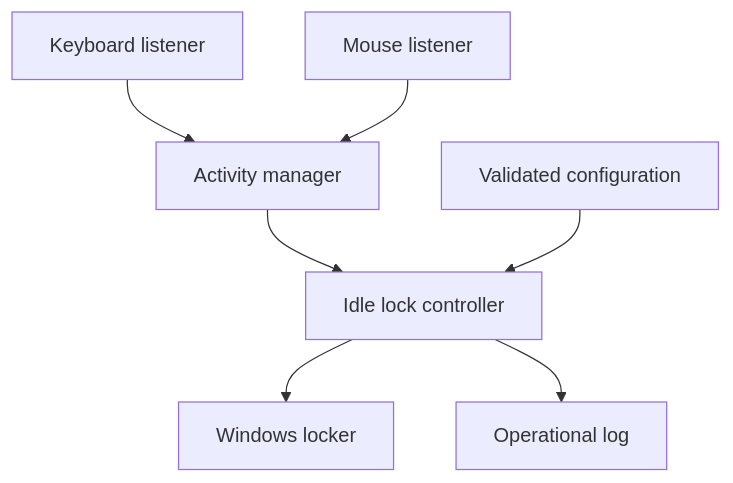
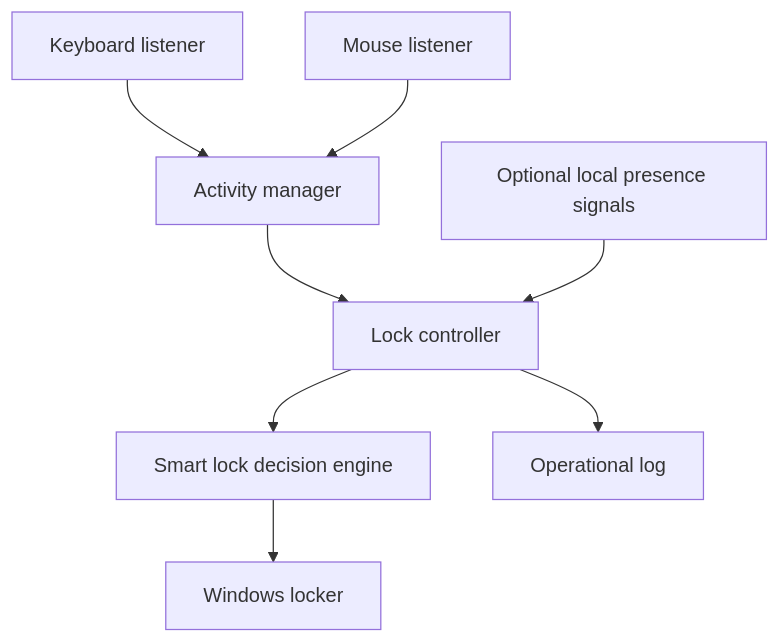
One commit to dev-collaboration-hub/sentinel-lock changed the diagram in docs/ARCHITECTURE.md. Above: the diagram before and after it, drawn with Mermaid. The commit also changed other lines of this file, not shown here.

Commit message:
Align architecture with smart lock signals

````diff
--- a/docs/ARCHITECTURE.md
+++ b/docs/ARCHITECTURE.md
@@ -19,9 +22,10 @@
 ```mermaid
 flowchart TD
     K["Keyboard listener"] --> A["Activity manager"]
     M["Mouse listener"] --> A
-    A --> I["Idle lock controller"]
-    C["Validated configuration"] --> I
-    I --> L["Windows locker"]
-    I --> O["Operational log"]
+    A --> C["Lock controller"]
+    P["Optional local presence signals"] --> C
+    C --> D["Smart lock decision engine"]
+    D --> L["Windows locker"]
+    C --> O["Operational log"]
 ```
````
